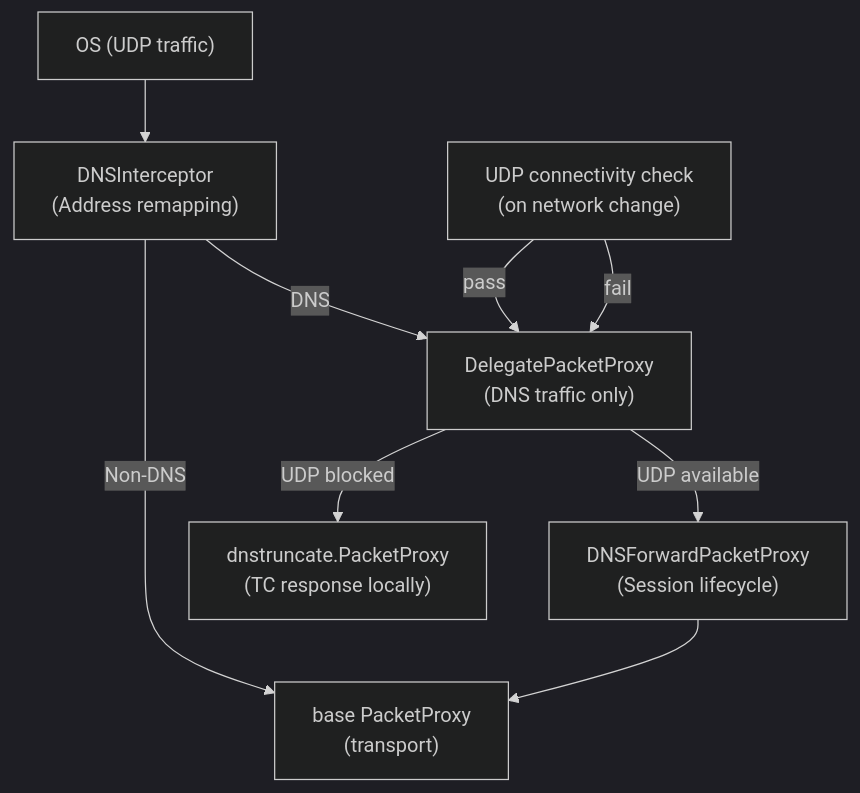
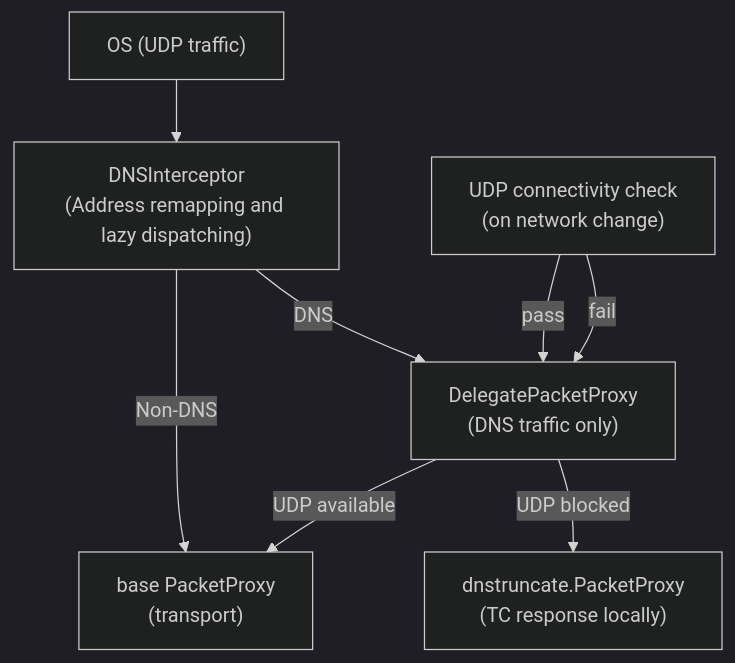
The second of 4 diagrams in client/go/outline/dnsintercept/README.md (OutlineFoundation/outline-apps), drawn with Mermaid (dark theme) before and after one commit. The commit also changed other lines of this file and 5 other files, not shown here.

Commit message:
refactor(client): simplify dns interceptor lazy initialization

````diff
--- a/client/go/outline/dnsintercept/README.md
+++ b/client/go/outline/dnsintercept/README.md
@@ -70,15 +70,13 @@
 ```mermaid
 flowchart TD
     OS["OS (UDP traffic)"] --> ppMain
-    ppMain["DNSInterceptor<br/>(Address remapping)"]
+    ppMain["DNSInterceptor<br/>(Address remapping and lazy dispatching)"]
     ppMain -->|Non-DNS| ppBase["base PacketProxy<br/>(transport)"]
     ppMain -->|DNS| ppDNS["DelegatePacketProxy<br/>(DNS traffic only)"]
 
     check["UDP connectivity check<br/>(on network change)"] -->|pass| ppDNS
     check -->|fail| ppDNS
 
-    ppDNS -->|UDP available| ppForward["DNSForwardPacketProxy<br/>(Session lifecycle)"]
+    ppDNS -->|UDP available| ppBase
     ppDNS -->|UDP blocked| ppTrunc["dnstruncate.PacketProxy<br/>(TC response locally)"]
-
-    ppForward --> ppBase
 ```
````
